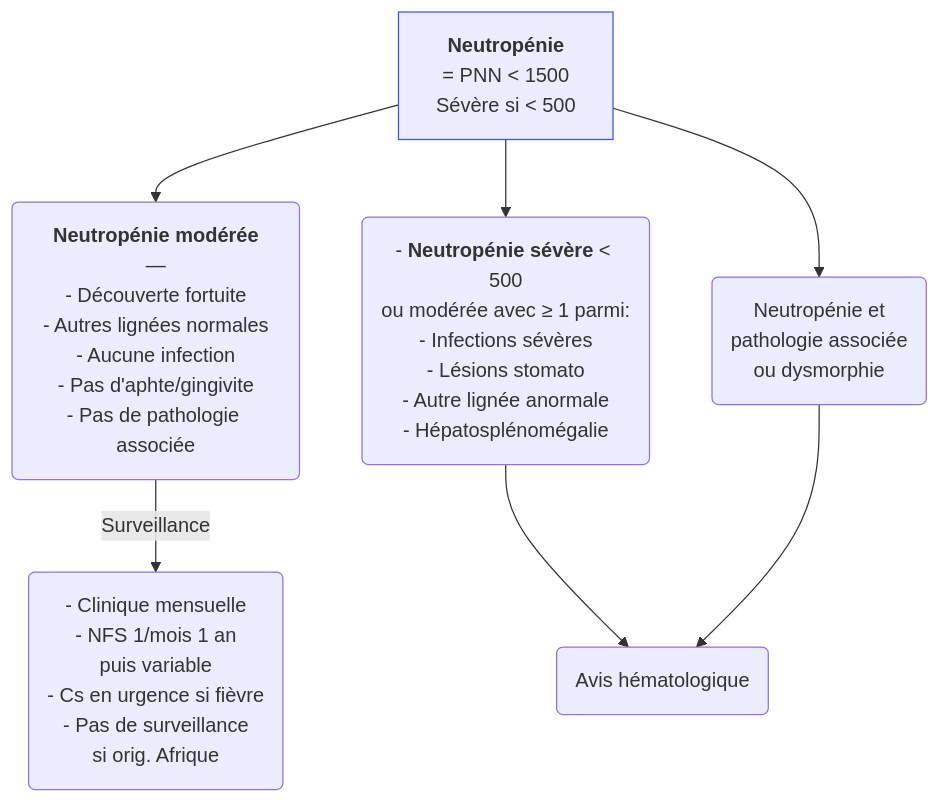
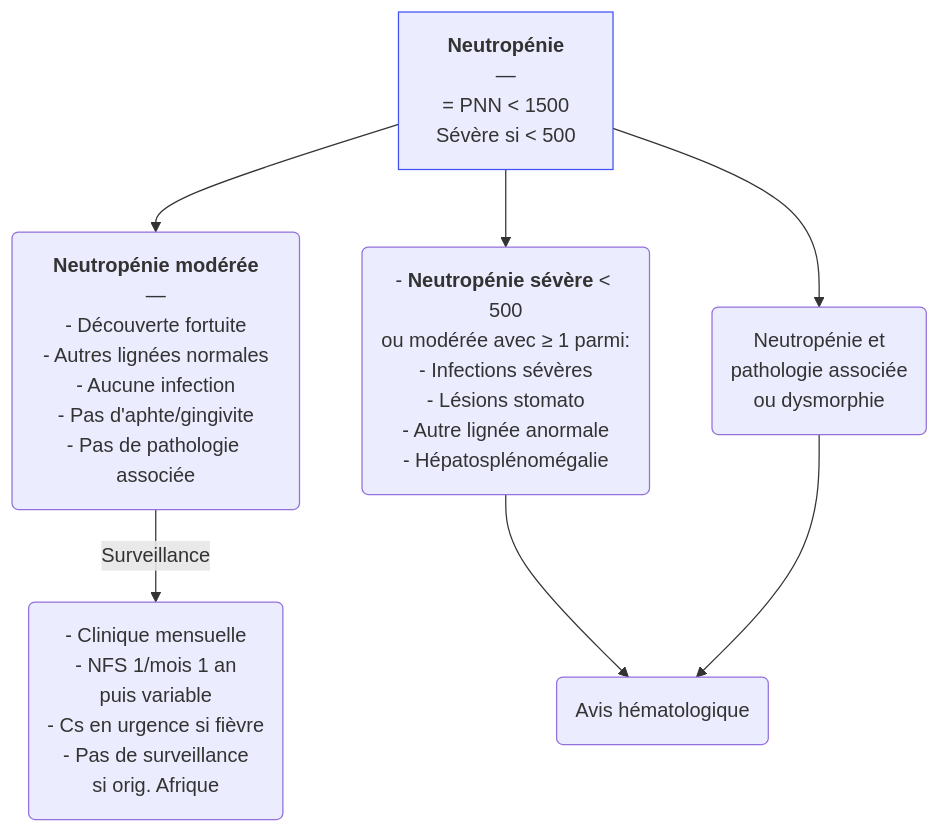
The diagram in content/recommandations/neutropenie.md (djibe/recommandations-medicales), drawn with Mermaid before and after one commit. The commit also changed other lines of this file and 11 other files, not shown here.

```diff
--- a/content/recommandations/neutropenie.md
+++ b/content/recommandations/neutropenie.md
@@ -168,8 +168,8 @@
 {{< mermaid title="Conduite à tenir et prise en charge devant la découverte d'une neutropénie. Dr JB Fron d'après CEREDIH 2009 et sfh" >}}
 graph TB
-  neutropénie["<b>Neutropénie</b><br>= PNN &lt; 1500<br>Sévère si &lt; 500"]
+  neutropénie["<b>Neutropénie</b><br>—<br>= PNN &lt; 1500<br>Sévère si &lt; 500"]
   style neutropénie stroke:#4150f5, stroke-width:1px
   neutropénie --> modérée("<b>Neutropénie modérée</b><br>—<br>- Découverte fortuite<br>- Autres lignées normales<br>- Aucune infection<br>- Pas d'aphte/gingivite<br>- Pas de pathologie associée") -- Surveillance --> surveillance("- Clinique mensuelle<br>- NFS 1/mois 1 an<br>puis variable<br>- Cs en urgence si fièvre<br>- Pas de surveillance<br>si orig. Afrique")
   neutropénie --> sévère("- <b>Neutropénie sévère</b> &lt; 500<br>ou modérée avec ≥ 1 parmi:<br>- Infections sévères<br>- Lésions stomato<br>- Autre lignée anormale<br>- Hépatosplénomégalie") --> avis(Avis hématologique)
   neutropénie --> associée("Neutropénie et<br>pathologie associée<br>ou dysmorphie") --> avis
 {{< /mermaid >}}
```
